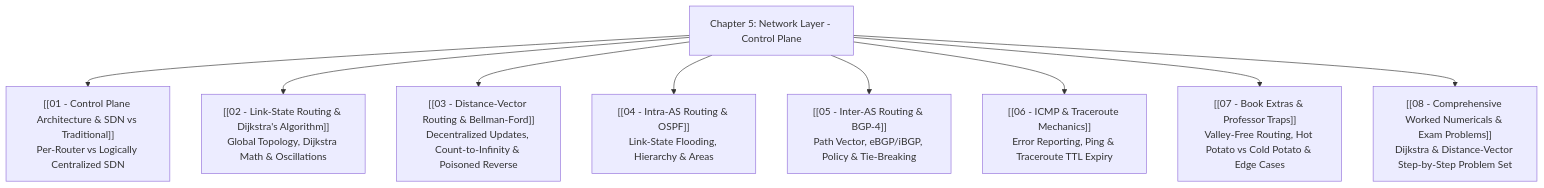
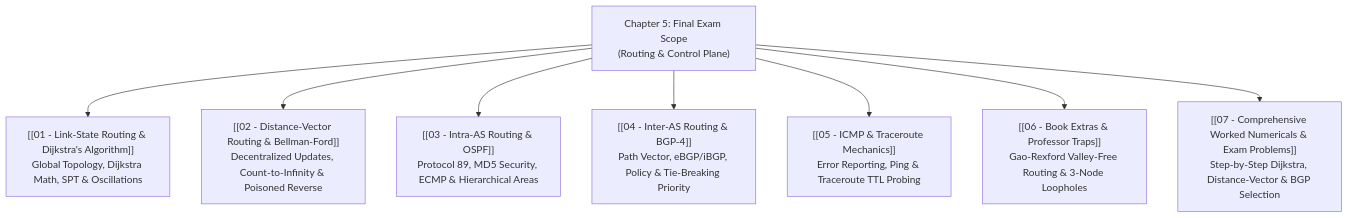
The diagram in CSE 4411/Final/Chapter 5 - Control Plane/00 - Index.md (SMTEmon/2-2), drawn with Mermaid before and after one commit. The commit also changed other lines of this file and 58 other files, not shown here.

````diff
--- a/CSE 4411/Final/Chapter 5 - Control Plane/00 - Index.md
+++ b/CSE 4411/Final/Chapter 5 - Control Plane/00 - Index.md
@@ -27,13 +27,12 @@
 ```mermaid
 flowchart TD
-    Ch5["Chapter 5: Network Layer - Control Plane"]
+    Ch5["Chapter 5: Final Exam Scope<br>(Routing & Control Plane)"]
     
-    Ch5 --> Sec1["[[01 - Control Plane Architecture & SDN vs Traditional]]<br>Per-Router vs Logically Centralized SDN"]
-    Ch5 --> Sec2["[[02 - Link-State Routing & Dijkstra's Algorithm]]<br>Global Topology, Dijkstra Math & Oscillations"]
-    Ch5 --> Sec3["[[03 - Distance-Vector Routing & Bellman-Ford]]<br>Decentralized Updates, Count-to-Infinity & Poisoned Reverse"]
-    Ch5 --> Sec4["[[04 - Intra-AS Routing & OSPF]]<br>Link-State Flooding, Hierarchy & Areas"]
-    Ch5 --> Sec5["[[05 - Inter-AS Routing & BGP-4]]<br>Path Vector, eBGP/iBGP, Policy & Tie-Breaking"]
-    Ch5 --> Sec6["[[06 - ICMP & Traceroute Mechanics]]<br>Error Reporting, Ping & Traceroute TTL Expiry"]
-    Ch5 --> Sec7["[[07 - Book Extras & Professor Traps]]<br>Valley-Free Routing, Hot Potato vs Cold Potato & Edge Cases"]
-    Ch5 --> Sec8["[[08 - Comprehensive Worked Numericals & Exam Problems]]<br>Dijkstra & Distance-Vector Step-by-Step Problem Set"]
+    Ch5 --> Sec1["[[01 - Link-State Routing & Dijkstra's Algorithm]]<br>Global Topology, Dijkstra Math, SPT & Oscillations"]
+    Ch5 --> Sec2["[[02 - Distance-Vector Routing & Bellman-Ford]]<br>Decentralized Updates, Count-to-Infinity & Poisoned Reverse"]
+    Ch5 --> Sec3["[[03 - Intra-AS Routing & OSPF]]<br>Protocol 89, MD5 Security, ECMP & Hierarchical Areas"]
+    Ch5 --> Sec4["[[04 - Inter-AS Routing & BGP-4]]<br>Path Vector, eBGP/iBGP, Policy & Tie-Breaking Priority"]
+    Ch5 --> Sec5["[[05 - ICMP & Traceroute Mechanics]]<br>Error Reporting, Ping & Traceroute TTL Probing"]
+    Ch5 --> Sec6["[[06 - Book Extras & Professor Traps]]<br>Gao-Rexford Valley-Free Routing & 3-Node Loopholes"]
+    Ch5 --> Sec7["[[07 - Comprehensive Worked Numericals & Exam Problems]]<br>Step-by-Step Dijkstra, Distance-Vector & BGP Selection"]
 ```
````
